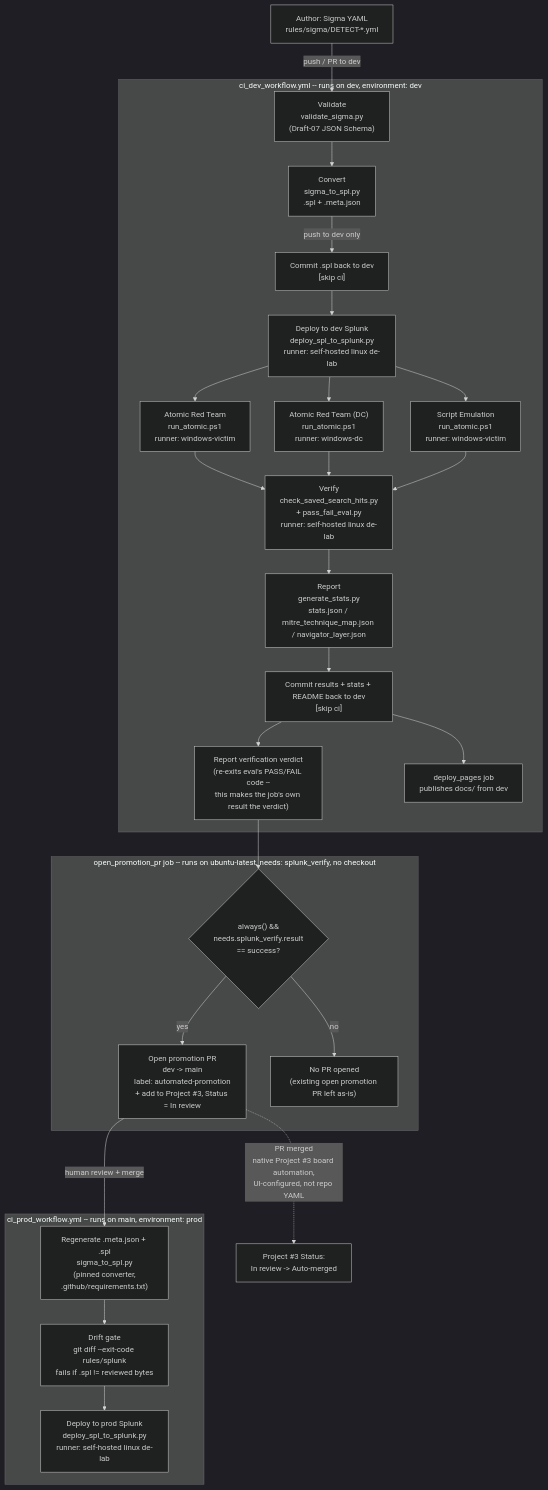
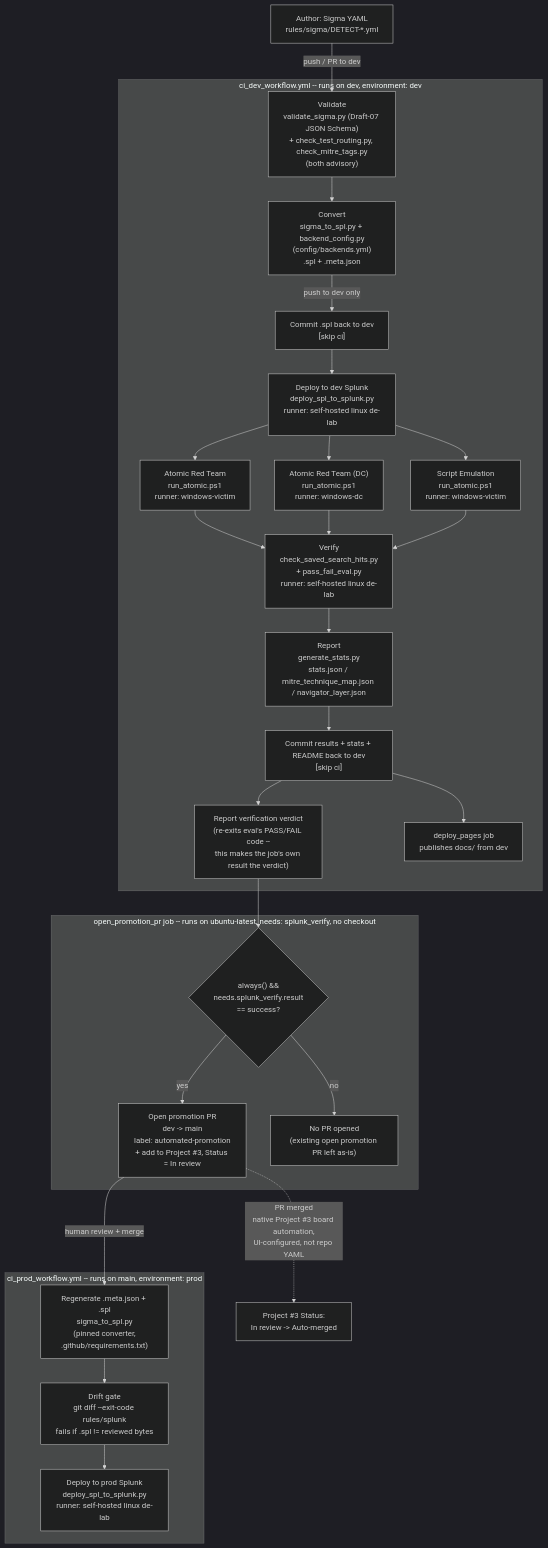
Before and after one commit to martonbence/Detection-Engineering: the first of 2 diagrams in docs/architecture/pipeline_overview.md, drawn with Mermaid (dark theme). The commit also changed other lines of this file and 4 other files, not shown here.

````diff
--- a/docs/architecture/pipeline_overview.md
+++ b/docs/architecture/pipeline_overview.md
@@ -13,37 +17,37 @@
 ```mermaid
 flowchart TD
     A["Author: Sigma YAML\nrules/sigma/DETECT-*.yml"] -->|push / PR to dev| B
 
     subgraph DEV["ci_dev_workflow.yml -- runs on dev, environment: dev"]
-        B["Validate\nvalidate_sigma.py\n(Draft-07 JSON Schema)"] --> C["Convert\nsigma_to_spl.py\n.spl + .meta.json"]
+        B["Validate\nvalidate_sigma.py (Draft-07 JSON Schema)\n+ check_test_routing.py, check_mitre_tags.py\n(both advisory)"] --> C["Convert\nsigma_to_spl.py + backend_config.py\n(config/backends.yml)\n.spl + .meta.json"]
         C -->|push to dev only| C2["Commit .spl back to dev\n[skip ci]"]
         C2 --> D["Deploy to dev Splunk\ndeploy_spl_to_splunk.py\nrunner: self-hosted linux de-lab"]
         D --> E1["Atomic Red Team\nrun_atomic.ps1\nrunner: windows-victim"]
         D --> E2["Atomic Red Team (DC)\nrun_atomic.ps1\nrunner: windows-dc"]
         D --> E3["Script Emulation\nrun_atomic.ps1\nrunner: windows-victim"]
         E1 --> F["Verify\ncheck_saved_search_hits.py\n+ pass_fail_eval.py\nrunner: self-hosted linux de-lab"]
         E2 --> F
         E3 --> F
         F --> G["Report\ngenerate_stats.py\nstats.json / mitre_technique_map.json / navigator_layer.json"]
         G --> H["Commit results + stats + README back to dev\n[skip ci]"]
         H --> H2["Report verification verdict\n(re-exits eval's PASS/FAIL code --\nthis makes the job's own result the verdict)"]
         H --> P1["deploy_pages job\npublishes docs/ from dev"]
     end
 
     H2 --> I
 
     subgraph OPENPR["open_promotion_pr job -- runs on ubuntu-latest, needs: splunk_verify, no checkout"]
         I{"always() &&\nneeds.splunk_verify.result\n== success?"}
         I -- yes --> J["Open promotion PR\ndev -> main\nlabel: automated-promotion\n+ add to Project #3, Status = In review"]
         I -- no --> K["No PR opened\n(existing open promotion PR left as-is)"]
     end
 
     J -->|human review + merge| M
 
     subgraph PROD["ci_prod_workflow.yml -- runs on main, environment: prod"]
         M["Regenerate .meta.json + .spl\nsigma_to_spl.py\n(pinned converter,\n.github/requirements.txt)"] --> M2["Drift gate\ngit diff --exit-code rules/splunk\nfails if .spl != reviewed bytes"]
         M2 --> N["Deploy to prod Splunk\ndeploy_spl_to_splunk.py\nrunner: self-hosted linux de-lab"]
     end
 
     J -.->|PR merged\nnative Project #3 board automation,\nUI-configured, not repo YAML| Q["Project #3 Status:\nIn review -> Auto-merged"]
 ```
````
